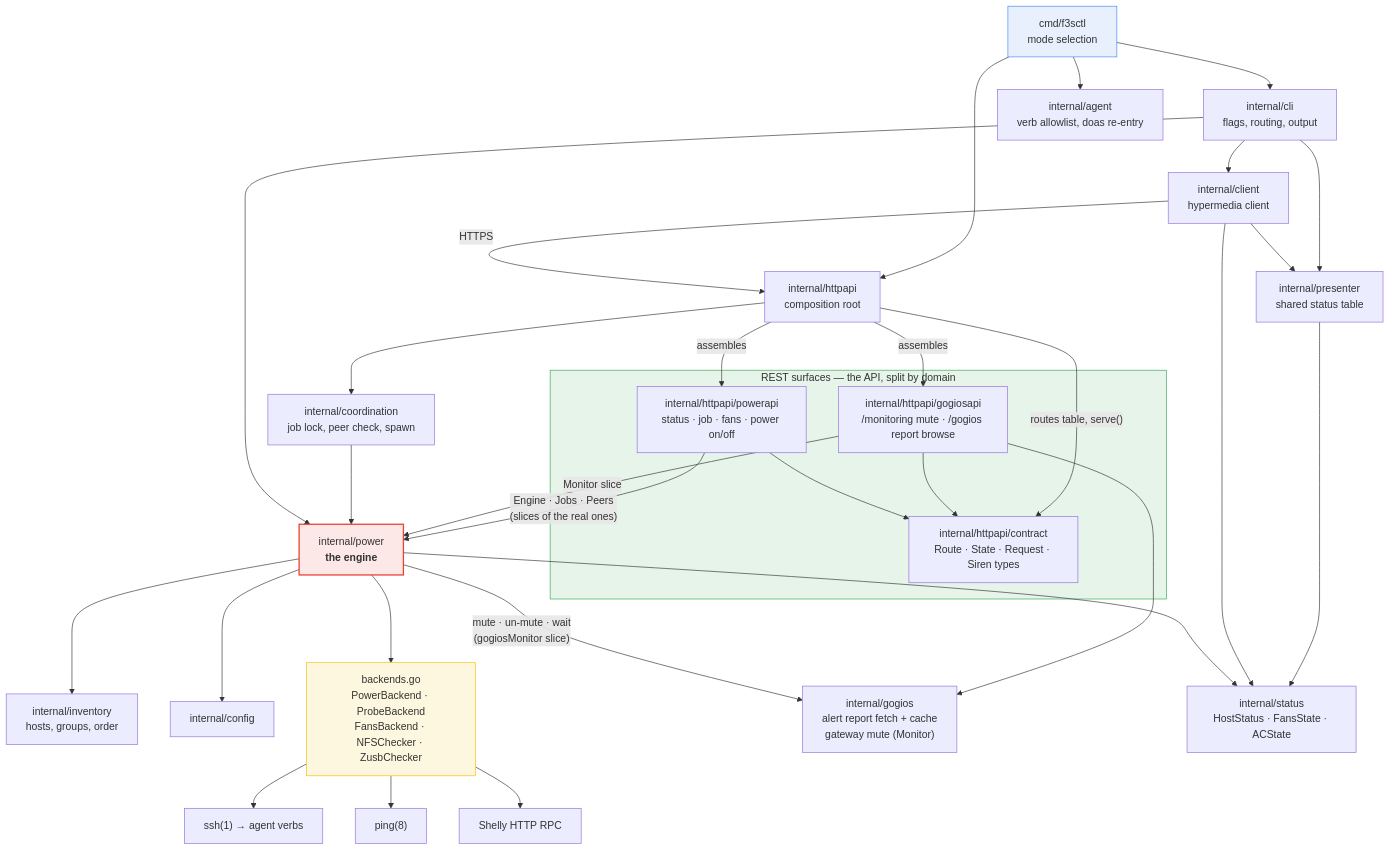
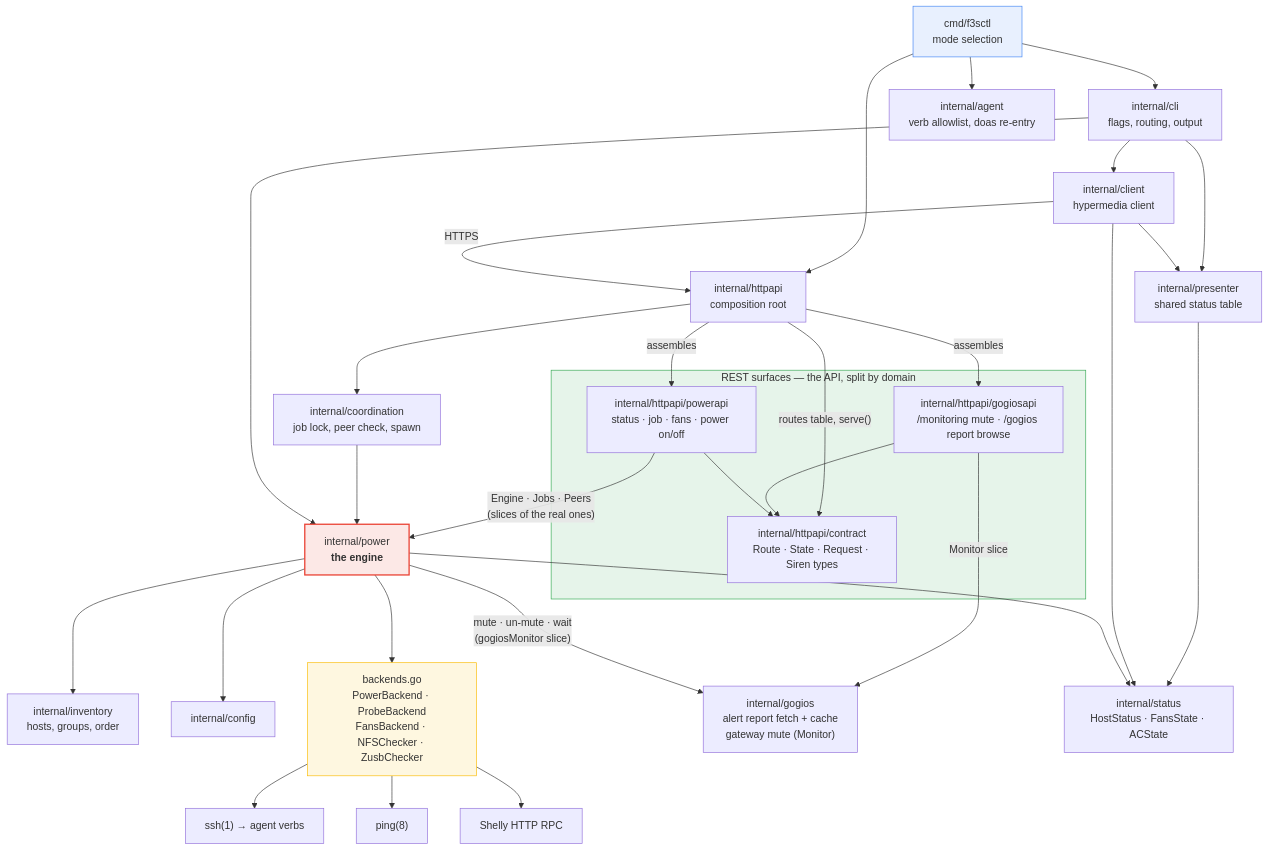
The second of 5 diagrams in docs/ARCHITECTURE.md (snonux/f3sctl), drawn with Mermaid before and after one commit. The commit also changed 3 other files, not shown here.

````diff
--- a/docs/ARCHITECTURE.md
+++ b/docs/ARCHITECTURE.md
@@ -61,47 +61,46 @@
 ```mermaid
 flowchart TD
     MAIN["cmd/f3sctl<br/>mode selection"]
 
     MAIN --> CLI["internal/cli<br/>flags, routing, output"]
     MAIN --> API["internal/httpapi<br/>composition root"]
     MAIN --> AGENT["internal/agent<br/>verb allowlist, doas re-entry"]
 
     subgraph SURFACES["REST surfaces — the API, split by domain"]
         CONTRACT["internal/httpapi/contract<br/>Route · State · Request · Siren types"]
         GOGIOSAPI["internal/httpapi/gogiosapi<br/>/monitoring mute · /gogios report browse"]
         POWERAPI["internal/httpapi/powerapi<br/>status · job · fans · power on/off"]
     end
 
     API -->|"routes table, serve()"| CONTRACT
     GOGIOSAPI --> CONTRACT
     POWERAPI --> CONTRACT
     API -->|"assembles"| GOGIOSAPI
     API -->|"assembles"| POWERAPI
 
     CLI --> CLIENT["internal/client<br/>hypermedia client"]
     CLIENT -->|HTTPS| API
     API --> COORD["internal/coordination<br/>job lock, peer check, spawn"]
     COORD --> POWER
     CLI --> POWER["internal/power<br/><b>the engine</b>"]
     POWERAPI -->|"Engine · Jobs · Peers<br/>(slices of the real ones)"| POWER
-    GOGIOSAPI -->|"Monitor slice"| POWER
     POWER --> INV["internal/inventory<br/>hosts, groups, order"]
     POWER --> CFG["internal/config"]
     POWER --> BACK["backends.go<br/>PowerBackend · ProbeBackend<br/>FansBackend · NFSChecker · ZusbChecker"]
     BACK --> SSH["ssh(1) → agent verbs"]
     BACK --> PING["ping(8)"]
     BACK --> HTTP["Shelly HTTP RPC"]
-    GOGIOSAPI --> REPORT["internal/gogios<br/>alert report fetch + cache<br/>gateway mute (Monitor)"]
+    GOGIOSAPI -->|"Monitor slice"| REPORT["internal/gogios<br/>alert report fetch + cache<br/>gateway mute (Monitor)"]
     POWER -->|"mute · un-mute · wait<br/>(gogiosMonitor slice)"| REPORT
 
     CLI --> PRES["internal/presenter<br/>shared status table"]
     CLIENT --> PRES
     PRES --> STATUS["internal/status<br/>HostStatus · FansState · ACState"]
     CLIENT --> STATUS
     POWER --> STATUS
 
     style POWER fill:#fce8e6,stroke:#ea4335,stroke-width:2px
     style BACK fill:#fef7e0,stroke:#fbbc04
     style SURFACES fill:#e6f4ea,stroke:#34a853
     style MAIN fill:#e8f0fe,stroke:#4285f4
 ```
````
